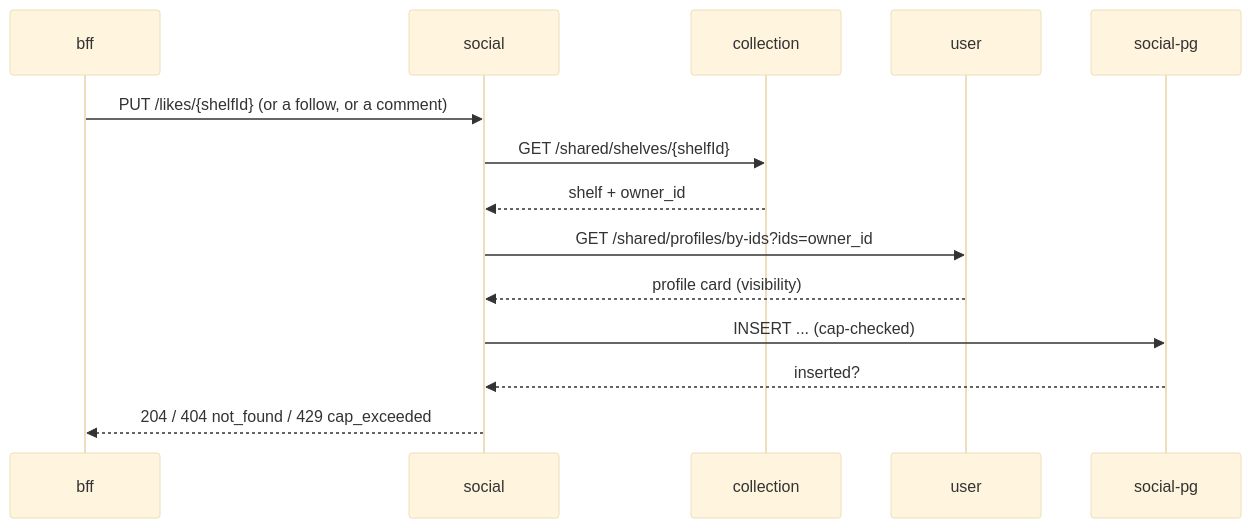
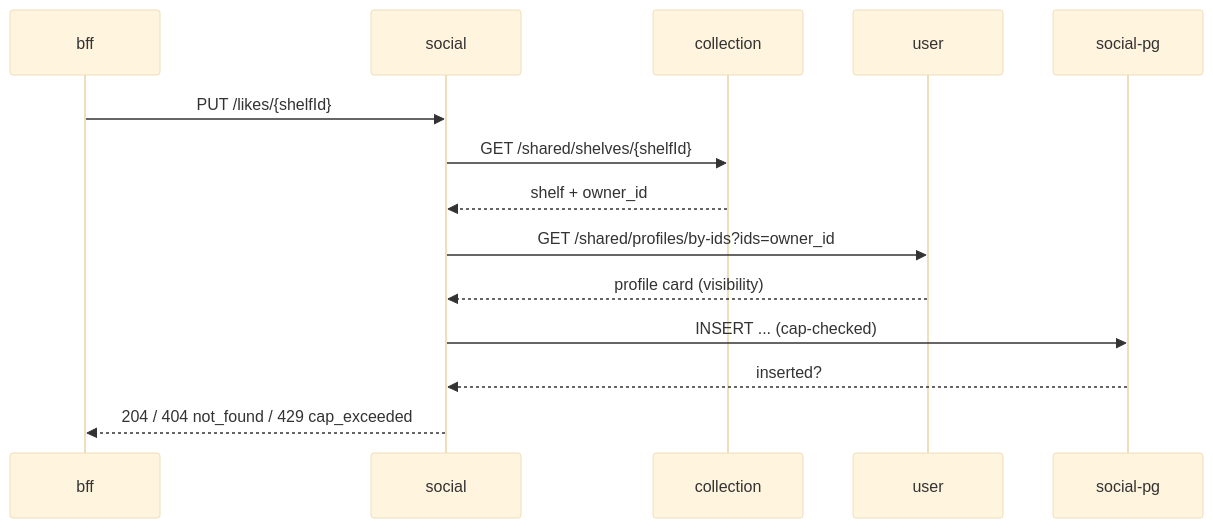
One commit to levonn-dev/vg-collect changed the second of 2 diagrams in docs/runbooks/social.md. Above: the diagram before and after it, drawn with Mermaid (base theme). The commit also changed other lines of this file and 1 other file, not shown here.

````diff
--- a/docs/runbooks/social.md
+++ b/docs/runbooks/social.md
@@ -66,16 +71,16 @@
 ```mermaid
 sequenceDiagram
     participant B as bff
     participant S as social
     participant C as collection
     participant U as user
     participant P as social-pg
-    B->>S: PUT /likes/{shelfId} (or a follow, or a comment)
+    B->>S: PUT /likes/{shelfId}
     S->>C: GET /shared/shelves/{shelfId}
     C-->>S: shelf + owner_id
     S->>U: GET /shared/profiles/by-ids?ids=owner_id
     U-->>S: profile card (visibility)
     S->>P: INSERT ... (cap-checked)
     P-->>S: inserted?
     S-->>B: 204 / 404 not_found / 429 cap_exceeded
 ```
````
